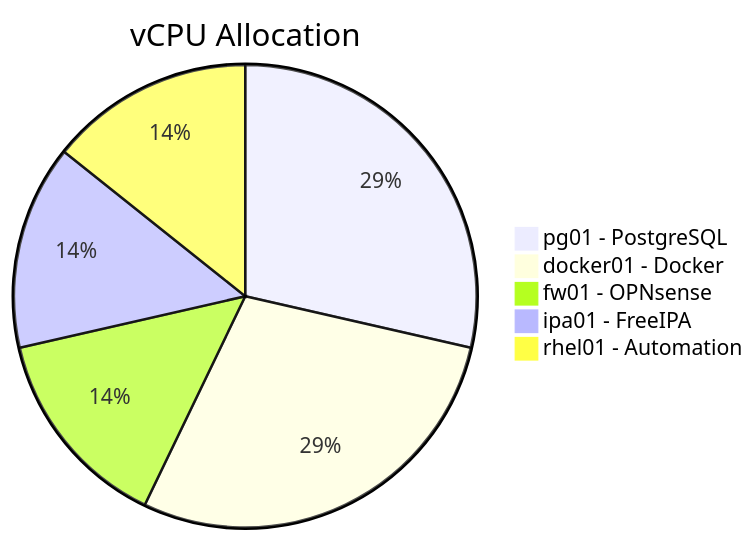
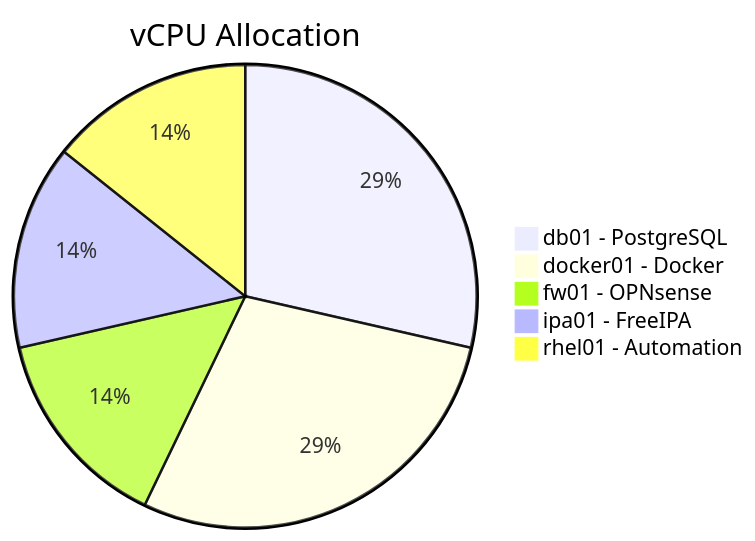
One commit to O2BUCAK/EnterpriseReferenceArchitecture changed the third of 14 diagrams in docs/02-resource-matrix/vm-resource-matrix.md. Above: the diagram before and after it, drawn with Mermaid. The commit also changed other lines of this file, not shown here.

````diff
--- a/docs/02-resource-matrix/vm-resource-matrix.md
+++ b/docs/02-resource-matrix/vm-resource-matrix.md
@@ -166,8 +166,8 @@
 ```mermaid
 pie title vCPU Allocation
-    "pg01 - PostgreSQL" : 4
+    "db01 - PostgreSQL" : 4
     "docker01 - Docker" : 4
     "fw01 - OPNsense" : 2
     "ipa01 - FreeIPA" : 2
     "rhel01 - Automation" : 2
 ```
````
